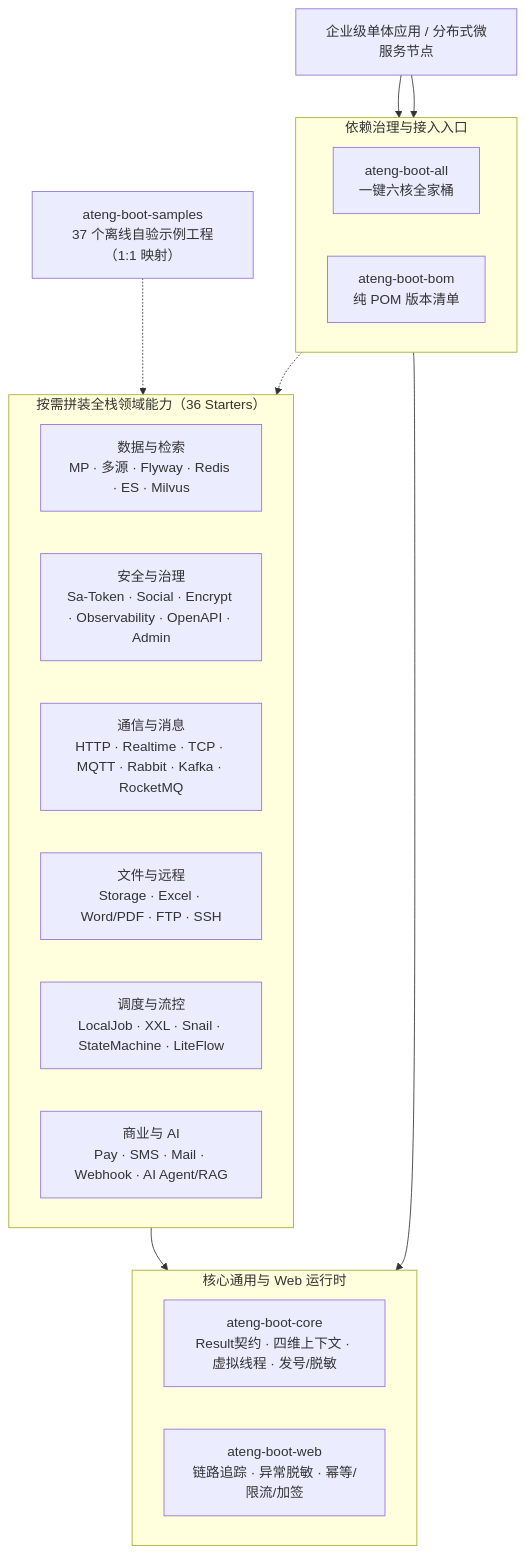
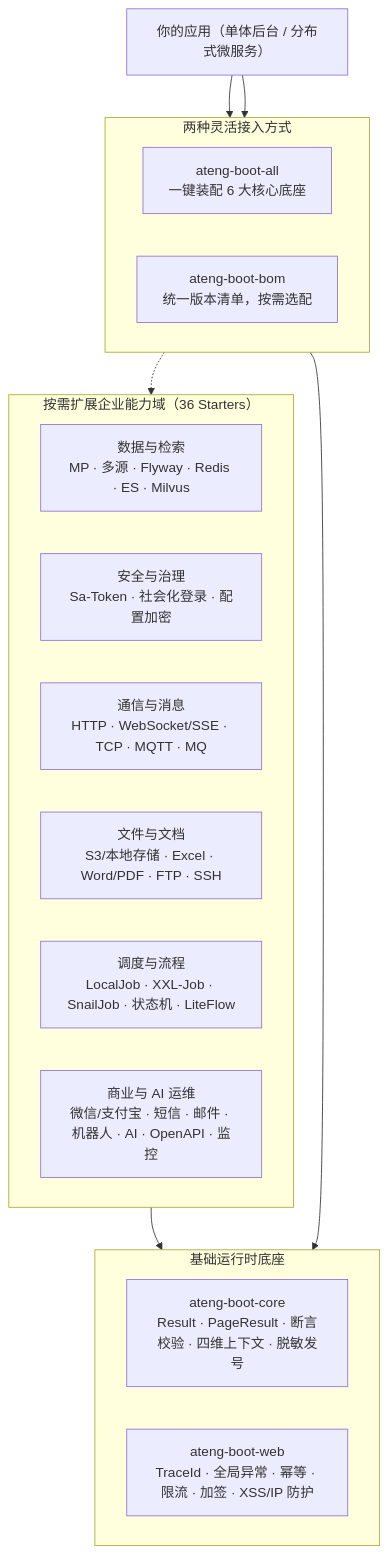
One commit to atengk/ateng-boot changed the diagram in README.md. Above: the diagram before and after it, drawn with Mermaid. The commit also changed other lines of this file and 8 other files, not shown here.

First line of the commit message:
docs(readme): 重构根目录门面与 bom/all 文档并纯净化 AI 索引

````diff
--- a/README.md
+++ b/README.md
@@ -23,35 +27,32 @@
 ```mermaid
 flowchart TB
-    APP["企业级单体应用 / 分布式微服务节点"]
+    APP["你的应用（单体后台 / 分布式微服务）"]
 
-    subgraph GOV["依赖治理与接入入口"]
+    subgraph ENTRY["两种灵活接入方式"]
         direction LR
-        ALL["ateng-boot-all<br/>一键六核全家桶"]
-        BOM["ateng-boot-bom<br/>纯 POM 版本清单"]
+        ALL["ateng-boot-all<br/>一键装配 6 大核心底座"]
+        BOM["ateng-boot-bom<br/>统一版本清单，按需选配"]
     end
 
-    subgraph BASE["核心通用与 Web 运行时"]
+    subgraph CORE_WEB["基础运行时底座"]
         direction LR
-        CORE["ateng-boot-core<br/>Result契约 · 四维上下文 · 虚拟线程 · 发号/脱敏"]
-        WEB["ateng-boot-web<br/>链路追踪 · 异常脱敏 · 幂等/限流/加签"]
+        CORE["ateng-boot-core<br/>Result · PageResult · 断言校验 · 四维上下文 · 脱敏发号"]
+        WEB["ateng-boot-web<br/>TraceId · 全局异常 · 幂等 · 限流 · 加签 · XSS/IP 防护"]
     end
 
-    subgraph DOMAINS["按需拼装全栈领域能力（36 Starters）"]
+    subgraph CAPABILITIES["按需扩展企业能力域（36 Starters）"]
         direction LR
-        D1["数据与检索<br/>MP · 多源 · Flyway · Redis · ES · Milvus"]
-        D2["安全与治理<br/>Sa-Token · Social · Encrypt · Observability · OpenAPI · Admin"]
-        D3["通信与消息<br/>HTTP · Realtime · TCP · MQTT · Rabbit · Kafka · RocketMQ"]
-        D4["文件与远程<br/>Storage · Excel · Word/PDF · FTP · SSH"]
-        D5["调度与流控<br/>LocalJob · XXL · Snail · StateMachine · LiteFlow"]
-        D6["商业与 AI<br/>Pay · SMS · Mail · Webhook · AI Agent/RAG"]
+        C1["数据与检索<br/>MP · 多源 · Flyway · Redis · ES · Milvus"]
+        C2["安全与治理<br/>Sa-Token · 社会化登录 · 配置加密"]
+        C3["通信与消息<br/>HTTP · WebSocket/SSE · TCP · MQTT · MQ"]
+        C4["文件与文档<br/>S3/本地存储 · Excel · Word/PDF · FTP · SSH"]
+        C5["调度与流程<br/>LocalJob · XXL-Job · SnailJob · 状态机 · LiteFlow"]
+        C6["商业与 AI 运维<br/>微信/支付宝 · 短信 · 邮件 · 机器人 · AI · OpenAPI · 监控"]
     end
-
-    SAMPLES["ateng-boot-samples<br/>37 个离线自验示例工程（1:1 映射）"]
 
     APP --> ALL
     APP --> BOM
-    ALL --> BASE
-    BOM -.-> DOMAINS
-    DOMAINS --> BASE
-    SAMPLES -.-> DOMAINS
+    ALL --> CORE_WEB
+    BOM -.-> CAPABILITIES
+    CAPABILITIES --> CORE_WEB
 ```
````
